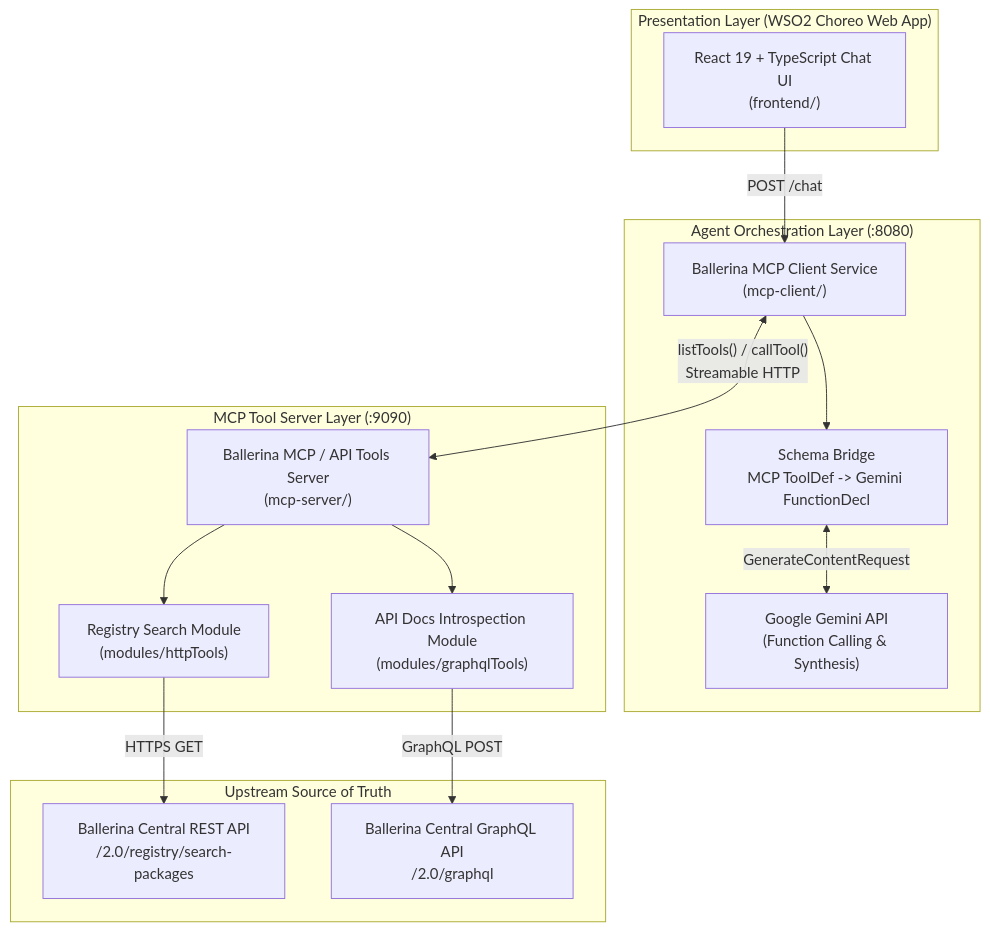
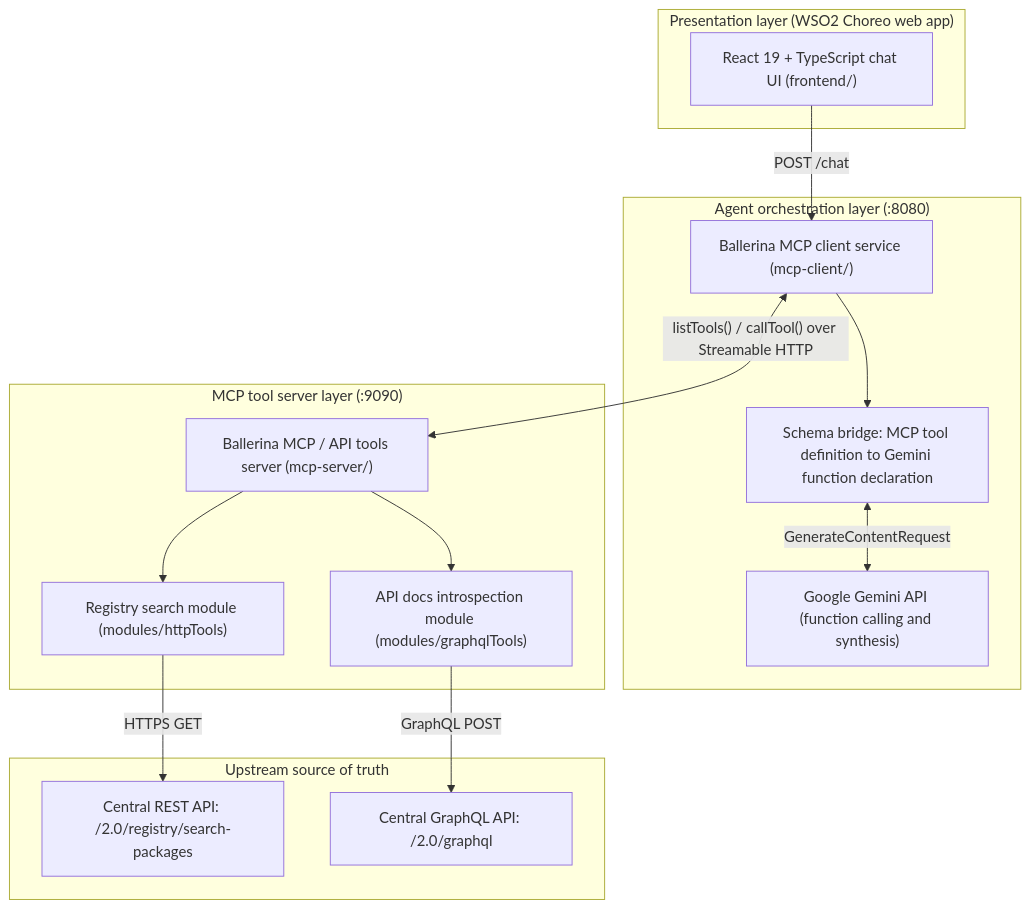
One commit to AbQaadir/ballerina-central-ai changed the second of 3 diagrams in README.md. Above: the diagram before and after it, drawn with Mermaid. The commit also changed other lines of this file, not shown here.

Commit message:
docs: rewrite README as a blog-style article with diagrams

````diff
--- a/README.md
+++ b/README.md
@@ -30,32 +65,32 @@
 ```mermaid
 flowchart TB
-  subgraph ClientTier["Presentation Layer (WSO2 Choreo Web App)"]
-    UI["React 19 + TypeScript Chat UI<br/>(frontend/)"]
+  subgraph ClientTier["Presentation layer (WSO2 Choreo web app)"]
+    UI["React 19 + TypeScript chat UI (frontend/)"]
   end
 
-  subgraph OrchestrationTier["Agent Orchestration Layer (:8080)"]
-    MCPClient["Ballerina MCP Client Service<br/>(mcp-client/)"]
-    Converter["Schema Bridge<br/>MCP ToolDef -> Gemini FunctionDecl"]
-    Gemini["Google Gemini API<br/>(Function Calling & Synthesis)"]
+  subgraph OrchestrationTier["Agent orchestration layer (:8080)"]
+    MCPClient["Ballerina MCP client service (mcp-client/)"]
+    Converter["Schema bridge: MCP tool definition to Gemini function declaration"]
+    Gemini["Google Gemini API (function calling and synthesis)"]
   end
 
-  subgraph ToolTier["MCP Tool Server Layer (:9090)"]
-    MCPServer["Ballerina MCP / API Tools Server<br/>(mcp-server/)"]
-    HTTPTools["Registry Search Module<br/>(modules/httpTools)"]
-    GraphQLTools["API Docs Introspection Module<br/>(modules/graphqlTools)"]
+  subgraph ToolTier["MCP tool server layer (:9090)"]
+    MCPServer["Ballerina MCP / API tools server (mcp-server/)"]
+    HTTPTools["Registry search module (modules/httpTools)"]
+    GraphQLTools["API docs introspection module (modules/graphqlTools)"]
   end
 
-  subgraph Upstream["Upstream Source of Truth"]
-    CentralREST["Ballerina Central REST API<br/>/2.0/registry/search-packages"]
-    CentralGQL["Ballerina Central GraphQL API<br/>/2.0/graphql"]
+  subgraph Upstream["Upstream source of truth"]
+    CentralREST["Central REST API: /2.0/registry/search-packages"]
+    CentralGQL["Central GraphQL API: /2.0/graphql"]
   end
 
   UI -->|"POST /chat"| MCPClient
-  MCPClient <-->|"listTools() / callTool()<br/>Streamable HTTP"| MCPServer
+  MCPClient <-->|"listTools() / callTool() over Streamable HTTP"| MCPServer
   MCPClient --> Converter
   Converter <-->|"GenerateContentRequest"| Gemini
   MCPServer --> HTTPTools
   MCPServer --> GraphQLTools
   HTTPTools -->|"HTTPS GET"| CentralREST
   GraphQLTools -->|"GraphQL POST"| CentralGQL
 ```
````
